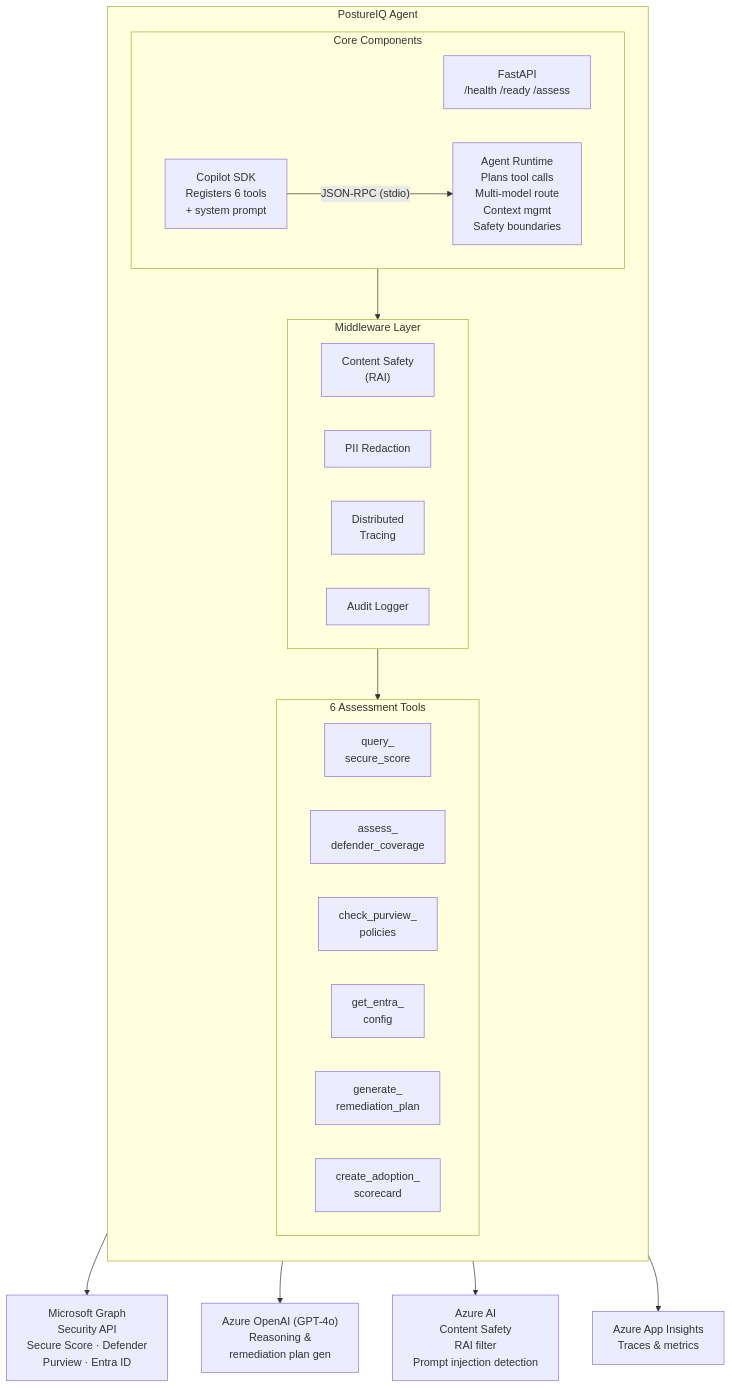
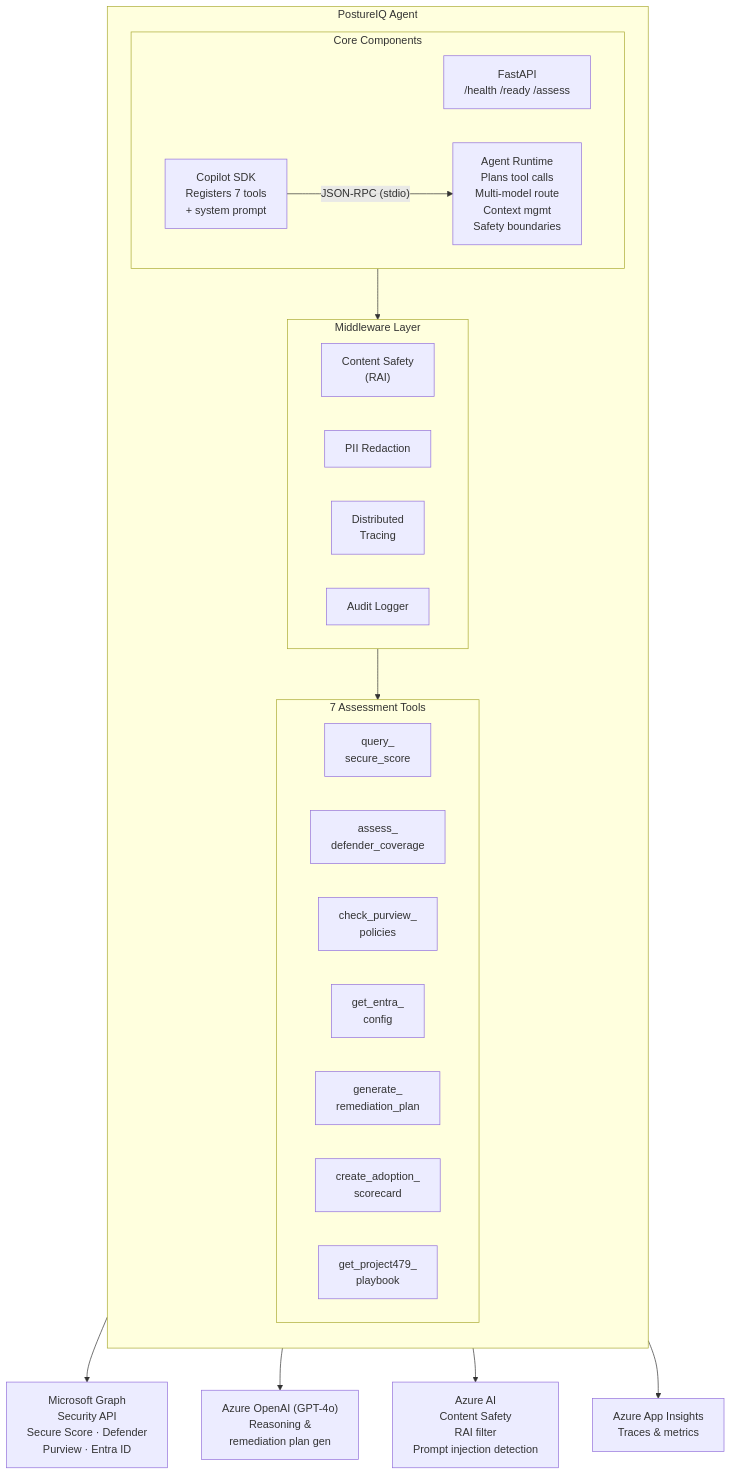
The first of 3 diagrams in docs/architecture.md (9owlsboston/posture-iq), drawn with Mermaid before and after one commit. The commit also changed other lines of this file and 27 other files, not shown here.

````diff
--- a/docs/architecture.md
+++ b/docs/architecture.md
@@ -5,38 +5,39 @@
 ```mermaid
 graph TB
     subgraph Agent["PostureIQ Agent"]
         direction TB
         subgraph Core["Core Components"]
             direction LR
             FastAPI["FastAPI<br/>/health /ready /assess"]
-            SDK["Copilot SDK<br/>Registers 6 tools<br/>+ system prompt"]
+            SDK["Copilot SDK<br/>Registers 7 tools<br/>+ system prompt"]
             Runtime["Agent Runtime<br/>Plans tool calls<br/>Multi-model route<br/>Context mgmt<br/>Safety boundaries"]
             SDK -- "JSON-RPC (stdio)" --> Runtime
         end
 
         subgraph Middleware["Middleware Layer"]
             direction LR
             ContentSafety["Content Safety<br/>(RAI)"]
             PII["PII Redaction"]
             Tracing["Distributed<br/>Tracing"]
             AuditLog["Audit Logger"]
         end
 
-        subgraph Tools["6 Assessment Tools"]
+        subgraph Tools["7 Assessment Tools"]
             direction LR
             SecureScore["query_<br/>secure_score"]
             Defender["assess_<br/>defender_coverage"]
             Purview["check_purview_<br/>policies"]
             Entra["get_entra_<br/>config"]
             Remediation["generate_<br/>remediation_plan"]
             Scorecard["create_adoption_<br/>scorecard"]
+            Playbook["get_project479_<br/>playbook"]
         end
 
         Core --> Middleware --> Tools
     end
 
     Tools --> Graph["Microsoft Graph<br/>Security API<br/>Secure Score · Defender<br/>Purview · Entra ID"]
     Tools --> OpenAI["Azure OpenAI (GPT-4o)<br/>Reasoning &<br/>remediation plan gen"]
     Middleware --> ContentSafetyAPI["Azure AI<br/>Content Safety<br/>RAI filter<br/>Prompt injection detection"]
     Middleware --> AppInsights["Azure App Insights<br/>Traces & metrics"]
 ```
````
